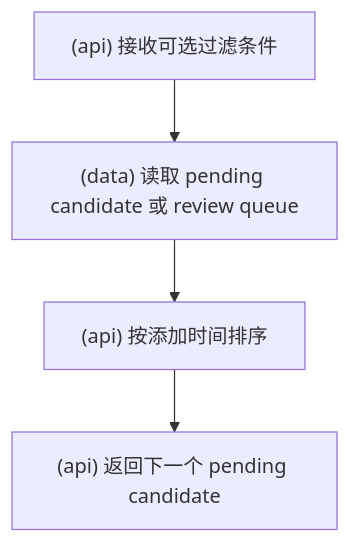
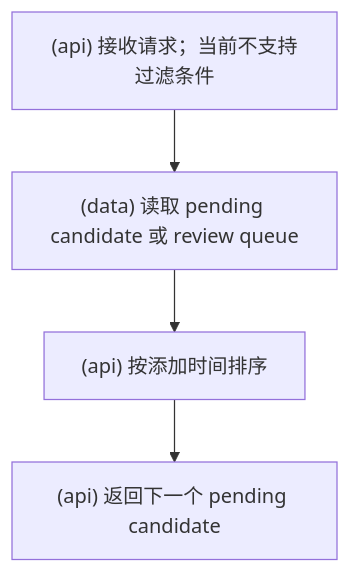
One commit to srangerme/KBManager changed the sixth of 21 diagrams in docs/流程图.md. Above: the diagram before and after it, drawn with Mermaid. The commit also changed other lines of this file and 18 other files, not shown here.

````diff
--- a/docs/流程图.md
+++ b/docs/流程图.md
@@ -121,6 +121,6 @@
 ```mermaid
 flowchart TD
-  A["(api) 接收可选过滤条件"] --> B["(data) 读取 pending candidate 或 review queue"]
+  A["(api) 接收请求；当前不支持过滤条件"] --> B["(data) 读取 pending candidate 或 review queue"]
   B --> C["(api) 按添加时间排序"]
   C --> D["(api) 返回下一个 pending candidate"]
 ```
````
